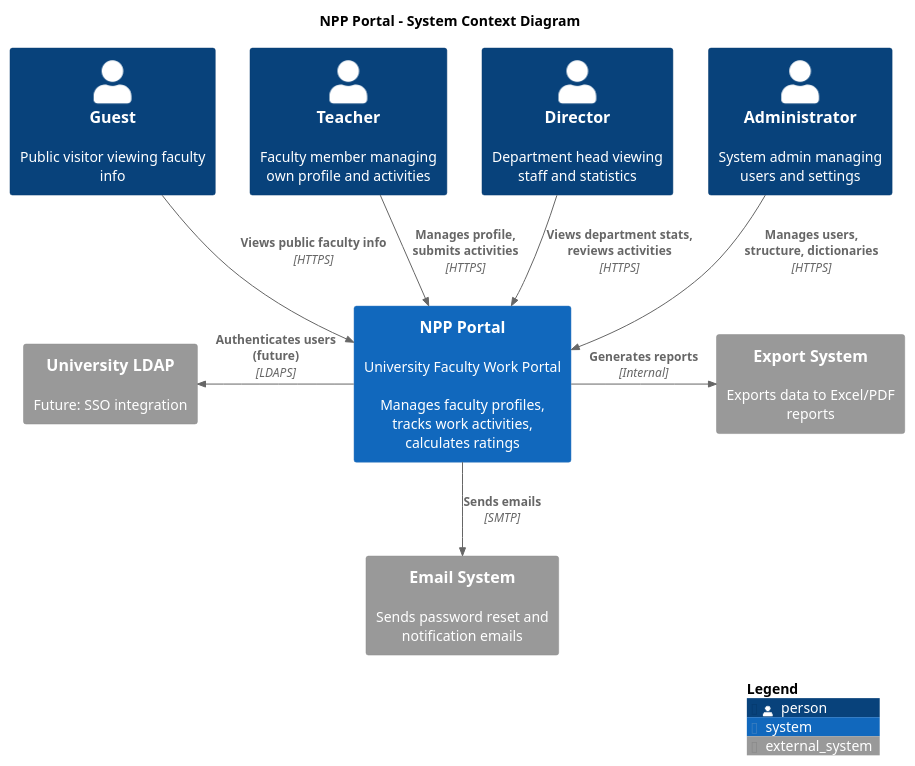
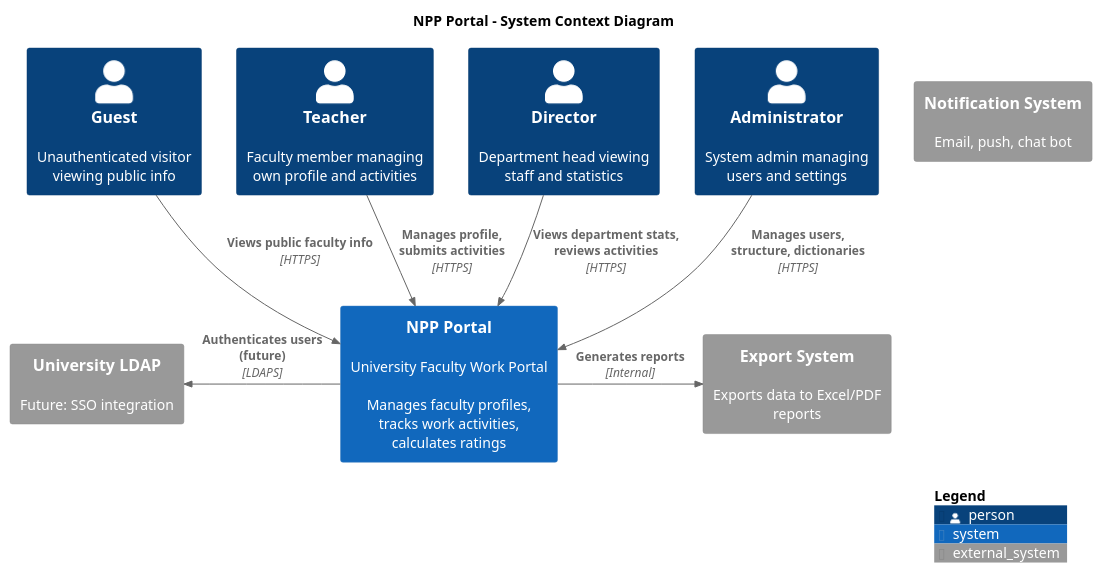
One commit to ChernihivPolytechnicNationalUniversity/hyperion-docs changed the diagram in content/digital-university/diagrams/c4/system-context.puml. Above: the diagram before and after it, drawn with PlantUML. The commit also changed 11 other files, not shown here.

```diff
--- a/content/digital-university/diagrams/c4/system-context.puml
+++ b/content/digital-university/diagrams/c4/system-context.puml
@@ -1,27 +1,26 @@
 @startuml
 !include <C4/C4_Context>
 
 title NPP Portal - System Context Diagram
 
-Person(guest, "Guest", "Public visitor viewing faculty info")
+Person(guest, "Guest", "Unauthenticated visitor viewing public info")
 Person(teacher, "Teacher", "Faculty member managing own profile and activities")
 Person(director, "Director", "Department head viewing staff and statistics")
 Person(admin, "Administrator", "System admin managing users and settings")
 
 System(npp, "NPP Portal", "University Faculty Work Portal\n\nManages faculty profiles, tracks work activities, calculates ratings")
 
-System_Ext(email, "Email System", "Sends password reset and notification emails")
+System_Ext(email, "Notification System", "Email, push, chat bot")
 System_Ext(ldap, "University LDAP", "Future: SSO integration")
 System_Ext(export, "Export System", "Exports data to Excel/PDF reports")
 
 Rel(guest, npp, "Views public faculty info", "HTTPS")
 Rel(teacher, npp, "Manages profile, submits activities", "HTTPS")
 Rel(director, npp, "Views department stats, reviews activities", "HTTPS")
 Rel(admin, npp, "Manages users, structure, dictionaries", "HTTPS")
 
-Rel(npp, email, "Sends emails", "SMTP")
 Rel_L(npp, ldap, "Authenticates users (future)", "LDAPS")
 Rel_R(npp, export, "Generates reports", "Internal")
 
 SHOW_LEGEND()
 @enduml
```
